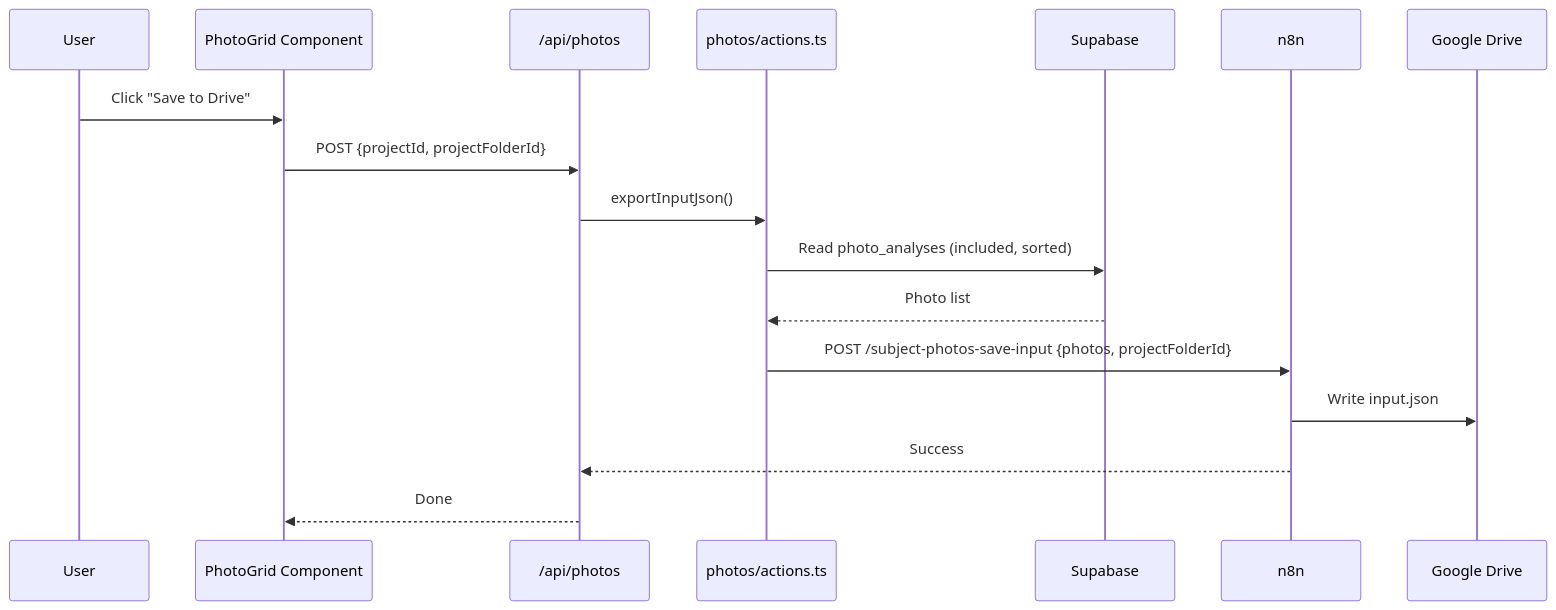
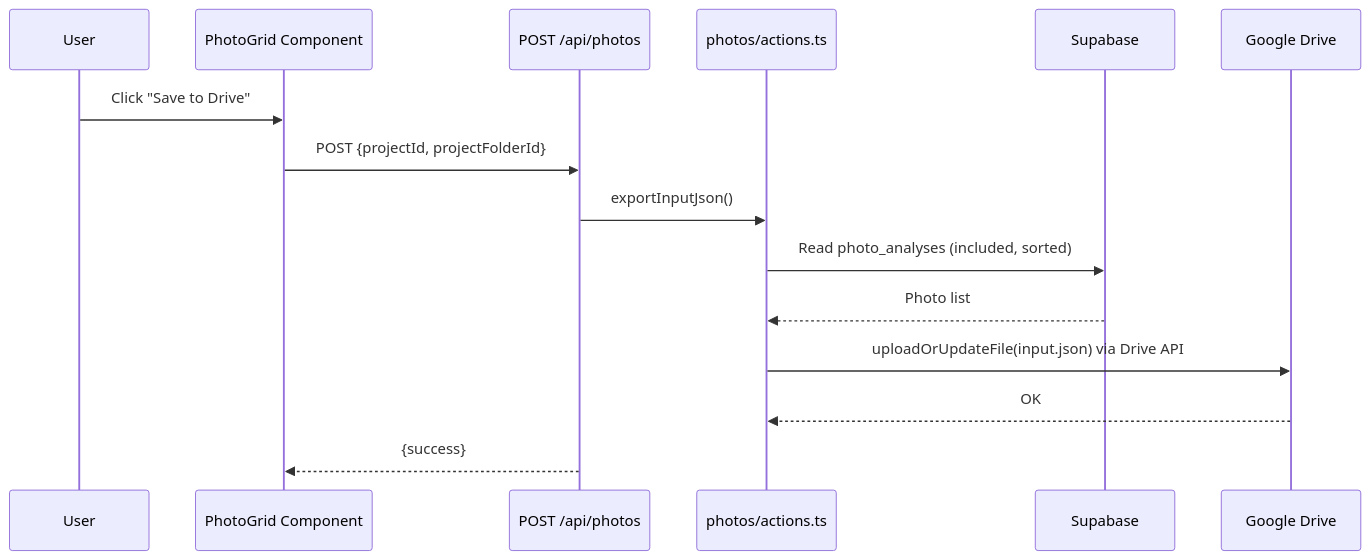
Before and after one commit to dougiefresh49/appraisal-comps-map: the fourth of 8 diagrams in docs/product/data-flow.md, drawn with Mermaid. The commit also changed other lines of this file and 4 other files, not shown here.

First line of the commit message:
docs(product): refresh Issue 019 — API, n8n, architecture, data flow

````diff
--- a/docs/product/data-flow.md
+++ b/docs/product/data-flow.md
@@ -142,20 +147,18 @@
 ```mermaid
 sequenceDiagram
     participant User
     participant PhotoGrid as PhotoGrid Component
-    participant API as /api/photos
+    participant API as POST /api/photos
     participant Server as photos/actions.ts
     participant Supabase
-    participant N8N as n8n
     participant GDrive as Google Drive
 
     User->>PhotoGrid: Click "Save to Drive"
     PhotoGrid->>API: POST {projectId, projectFolderId}
     API->>Server: exportInputJson()
     Server->>Supabase: Read photo_analyses (included, sorted)
     Supabase-->>Server: Photo list
-    Server->>N8N: POST /subject-photos-save-input {photos, projectFolderId}
-    N8N->>GDrive: Write input.json
-    N8N-->>API: Success
-    API-->>PhotoGrid: Done
+    Server->>GDrive: uploadOrUpdateFile(input.json) via Drive API
+    GDrive-->>Server: OK
+    API-->>PhotoGrid: {success}
 ```
````
